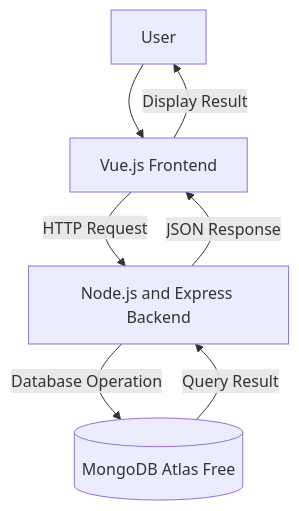
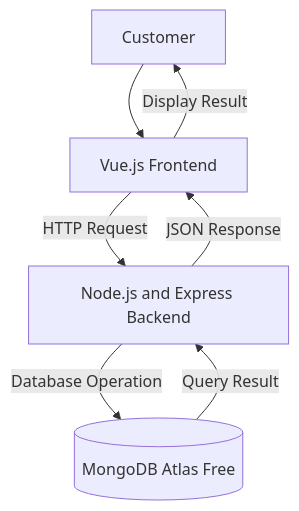
One commit to kdaledavid24-max/david-module6-architecture changed the diagram in docs/architecture.md. Above: the diagram before and after it, drawn with Mermaid. The commit also changed other lines of this file, not shown here.

Commit message:
docs: add architecture diagram and data flow

````diff
--- a/docs/architecture.md
+++ b/docs/architecture.md
@@ -36,9 +36,9 @@
 ```mermaid
 flowchart TD
-U[User] --> F[Vue.js Frontend]
+U[Customer] --> F[Vue.js Frontend]
 F -->|HTTP Request| B[Node.js and Express Backend]
 B -->|Database Operation| D[(MongoDB Atlas Free)]
 D -->|Query Result| B
 B -->|JSON Response| F
 F -->|Display Result| U
 ```
````
